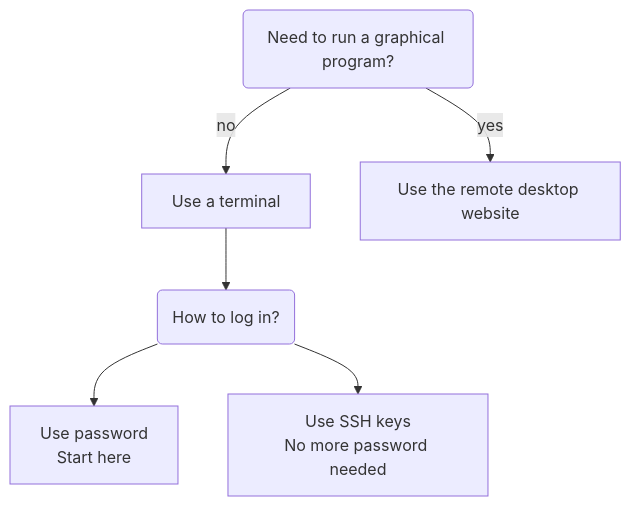
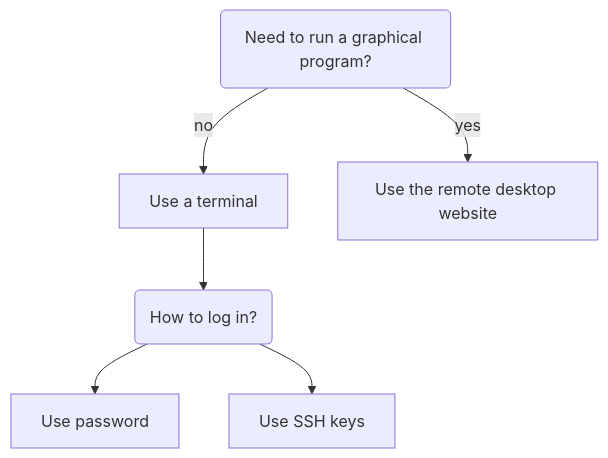
The diagram in docs/getting_started/login_bianca.md (UPPMAX/UPPMAX-documentation), drawn with Mermaid before and after one commit.

Commit message:
Improve markdown

````diff
--- a/docs/getting_started/login_bianca.md
+++ b/docs/getting_started/login_bianca.md
@@ -34,17 +34,17 @@
 ```mermaid
 flowchart TD
   need_gui(Need to run a graphical program?)
   how_login(How to log in?)
   use_terminal[Use a terminal]
   use_website[Use the remote desktop website]
 
-  use_password[Use password\nStart here]
-  use_ssh_keys[Use SSH keys\nNo more password needed]
+  use_password[Use password]
+  use_ssh_keys[Use SSH keys]
 
   need_gui --> |no| use_terminal
   need_gui --> |yes| use_website
 
   use_terminal --> how_login
   how_login --> use_password
   how_login --> use_ssh_keys
 ```
````
